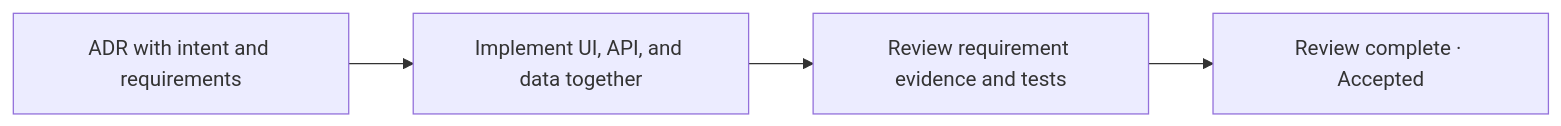
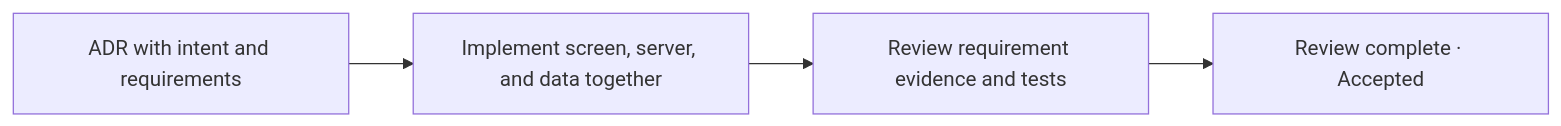
The fourth of 4 diagrams in _en/2026-08-18-ai-coding-review-cognitive-load.md (haandol/haandol.github.com), drawn with Mermaid before and after one commit. The commit also changed other lines of this file and 3 other files, not shown here.

Commit message:
docs: separate CTS-SW introduction and expand individual and team flow guidance

````diff
--- a/_en/2026-08-18-ai-coding-review-cognitive-load.md
+++ b/_en/2026-08-18-ai-coding-review-cognitive-load.md
@@ -295,6 +577,6 @@
 ```mermaid
 flowchart LR
-    A["ADR with intent and requirements"] --> I["Implement UI, API, and data together"]
+    A["ADR with intent and requirements"] --> I["Implement screen, server, and data together"]
     I --> R["Review requirement evidence and tests"]
     R --> D["Review complete · Accepted"]
 ```
````
